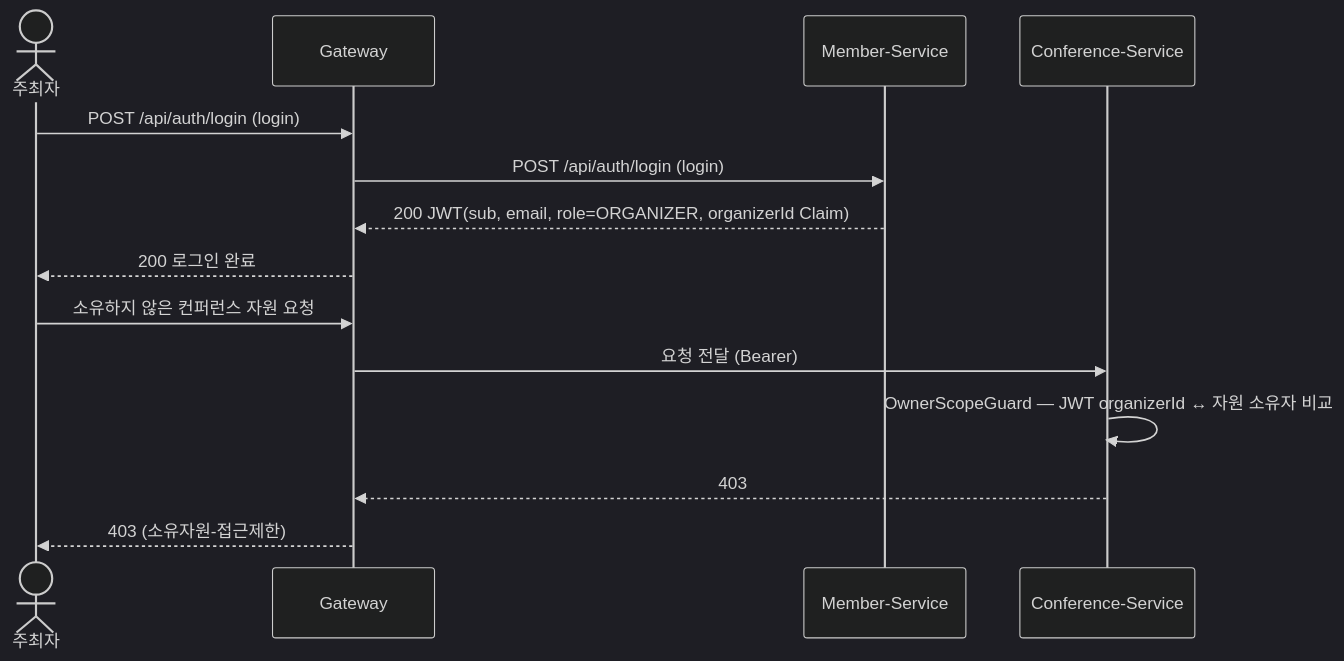
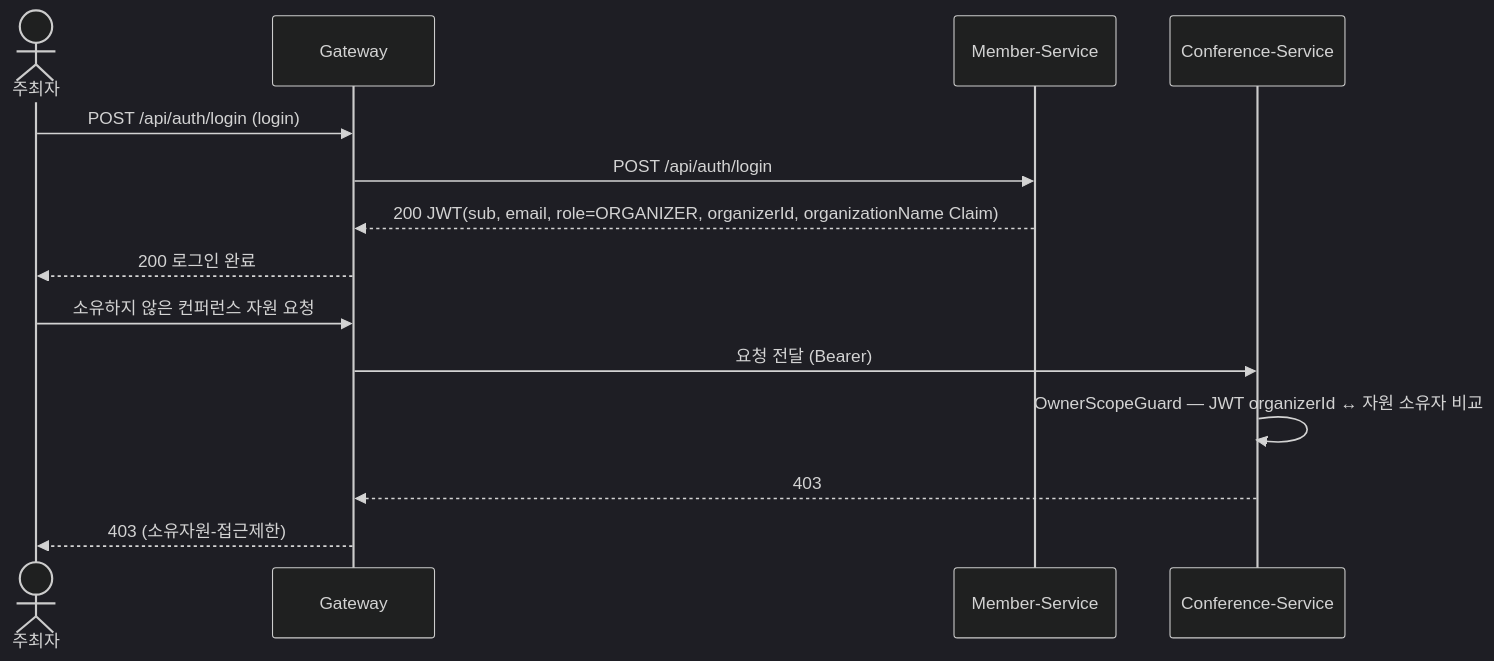
One commit to likelion-backend-24th/Final-Project-Team3 changed the sixth of 30 diagrams in docs/시퀀스.md. Above: the diagram before and after it, drawn with Mermaid (dark theme). The commit also changed other lines of this file and 4 other files, not shown here.

````diff
--- a/docs/시퀀스.md
+++ b/docs/시퀀스.md
@@ -119,16 +146,16 @@
 ```mermaid
 sequenceDiagram
     actor O as 주최자
     participant G as Gateway
     participant MS as Member-Service
     participant CS as Conference-Service
     O->>G: POST /api/auth/login (login)
-    G->>MS: POST /api/auth/login (login)
-    MS-->>G: 200 JWT(sub, email, role=ORGANIZER, organizerId Claim)
+    G->>MS: POST /api/auth/login
+    MS-->>G: 200 JWT(sub, email, role=ORGANIZER, organizerId, organizationName Claim)
     G-->>O: 200 로그인 완료
     O->>G: 소유하지 않은 컨퍼런스 자원 요청
     G->>CS: 요청 전달 (Bearer)
     CS->>CS: OwnerScopeGuard — JWT organizerId ↔ 자원 소유자 비교
     CS-->>G: 403
     G-->>O: 403 (소유자원-접근제한)
 ```
````
